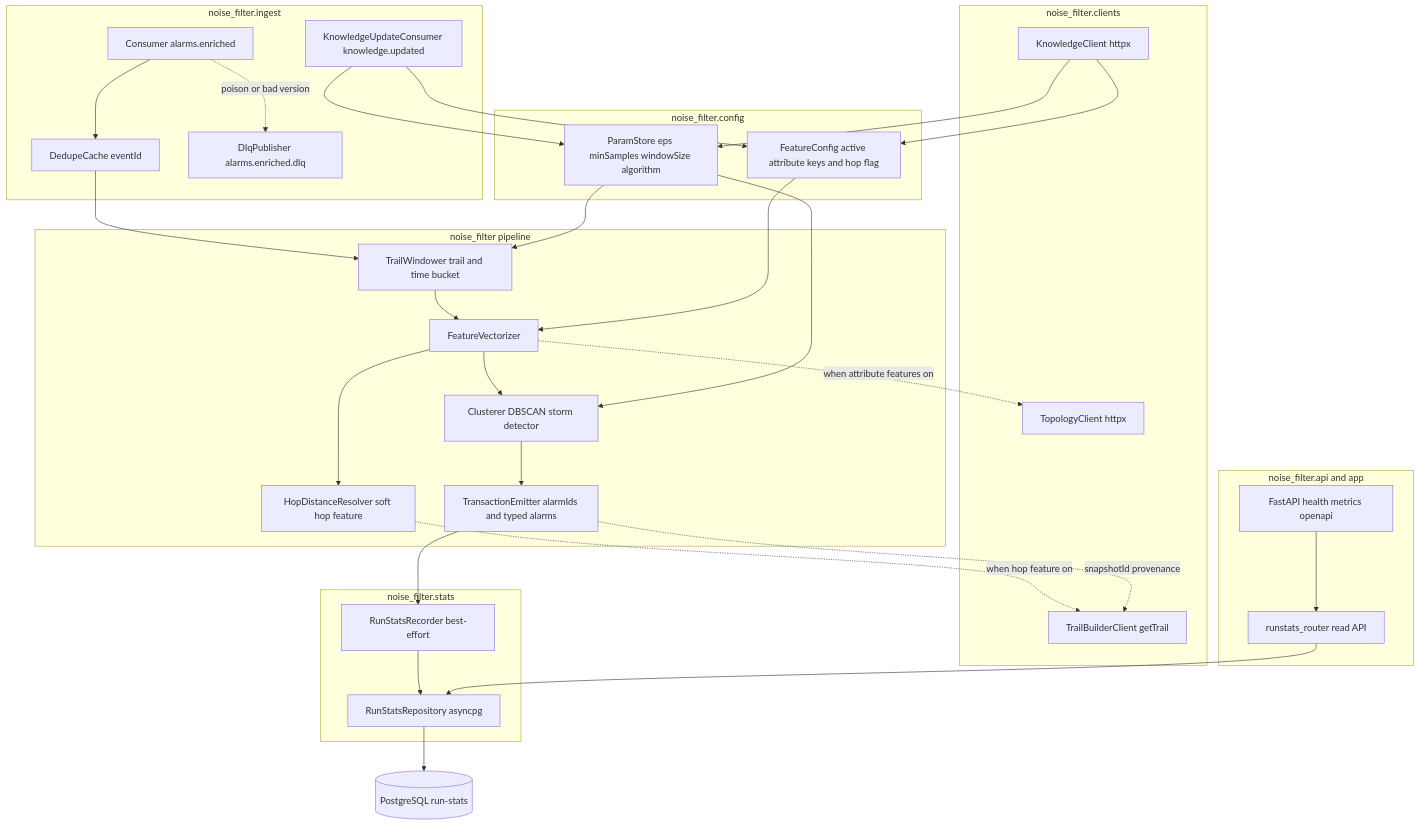
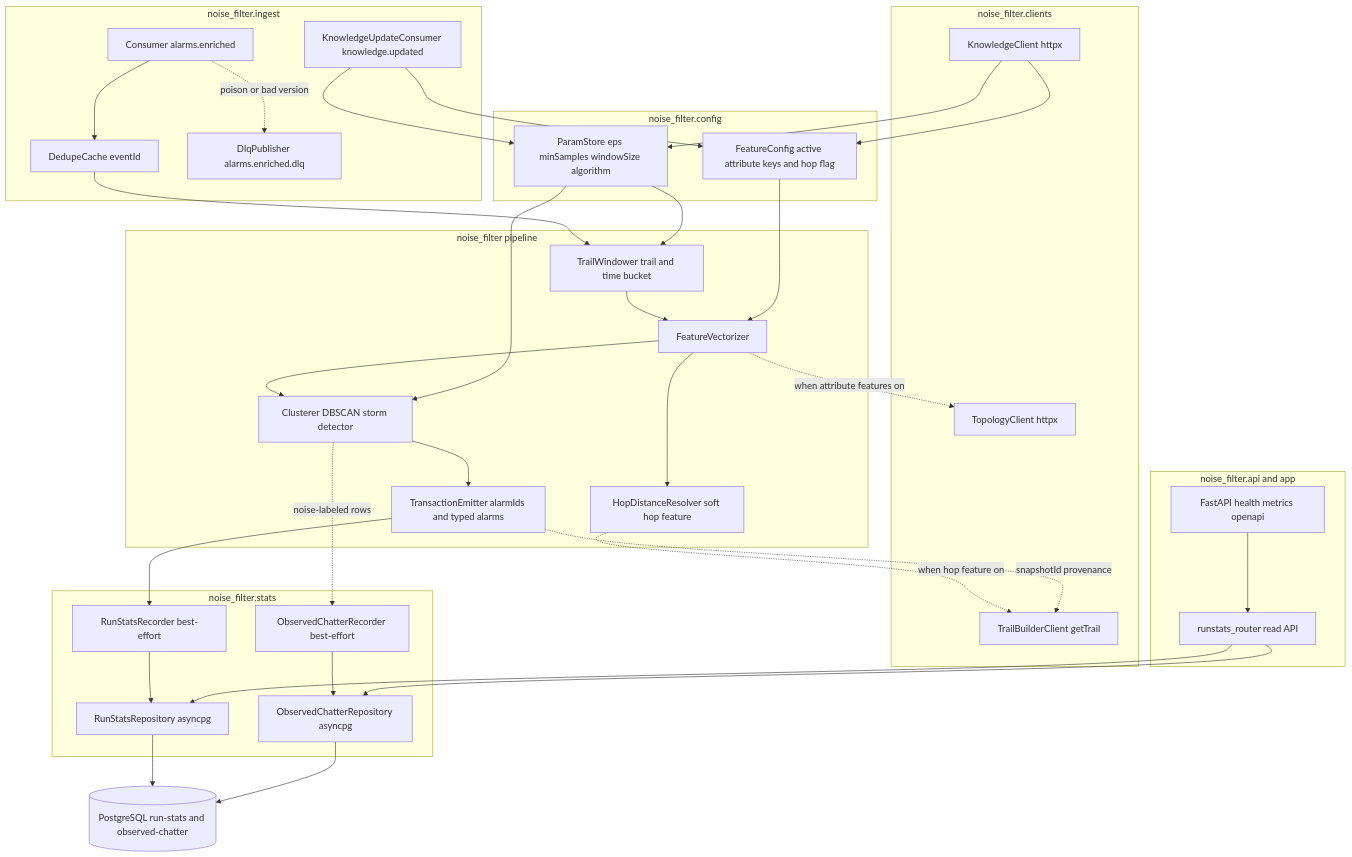
Before and after one commit to nikhilmohan/correlation-platform: the first of 9 diagrams in services/noise-filter/design.md, drawn with Mermaid. The commit also changed other lines of this file and 1 other file, not shown here.

````diff
--- a/services/noise-filter/design.md
+++ b/services/noise-filter/design.md
@@ -100,49 +119,54 @@
 ```mermaid
 flowchart TD
     subgraph ingest [noise_filter.ingest]
         CON[Consumer alarms.enriched]
         KUP[KnowledgeUpdateConsumer knowledge.updated]
         DEDUP[DedupeCache eventId]
         DLQ[DlqPublisher alarms.enriched.dlq]
     end
     subgraph core [noise_filter pipeline]
         WIN[TrailWindower trail and time bucket]
         FEAT[FeatureVectorizer]
         HOP[HopDistanceResolver soft hop feature]
         CLU[Clusterer DBSCAN storm detector]
         EMIT[TransactionEmitter alarmIds and typed alarms]
     end
     subgraph stats [noise_filter.stats]
         REC[RunStatsRecorder best-effort]
         REPO[RunStatsRepository asyncpg]
+        CHREC[ObservedChatterRecorder best-effort]
+        CHREPO[ObservedChatterRepository asyncpg]
     end
     subgraph cfg [noise_filter.config]
         PS[ParamStore eps minSamples windowSize algorithm]
         FC[FeatureConfig active attribute keys and hop flag]
     end
     subgraph clients [noise_filter.clients]
         KC[KnowledgeClient httpx]
         TC[TopologyClient httpx]
         TB[TrailBuilderClient getTrail]
     end
     subgraph httpsurface [noise_filter.api and app]
         APP[FastAPI health metrics openapi]
         RAPI[runstats_router read API]
     end
-    DB[(PostgreSQL run-stats)]
+    DB[(PostgreSQL run-stats and observed-chatter)]
     CON --> DEDUP --> WIN --> FEAT --> CLU --> EMIT --> REC --> REPO --> DB
+    CLU -. noise-labeled rows .-> CHREC
+    CHREC --> CHREPO --> DB
     CON -. poison or bad version .-> DLQ
     FEAT -. when attribute features on .-> TC
     FEAT --> HOP
     HOP -. when hop feature on .-> TB
     EMIT -. snapshotId provenance .-> TB
     KUP --> PS
     KUP --> FC
     KC --> PS
     KC --> FC
     PS --> WIN
     PS --> CLU
     FC --> FEAT
     RAPI --> REPO
+    RAPI --> CHREPO
     APP --> RAPI
 ```
````
